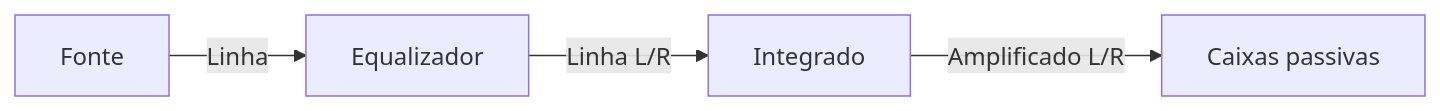
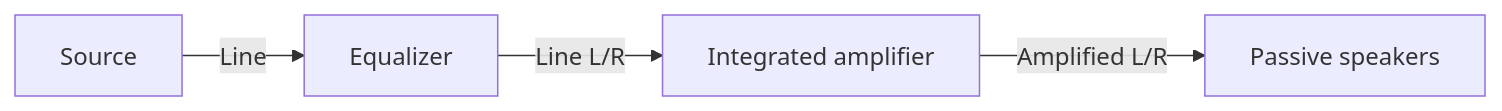
One commit to gperegr/AudioSystem changed the diagram in docs/diagrams/exemplos-de-montagem-03.mmd. Above: the diagram before and after it, drawn with Mermaid. The commit also changed 79 other files, not shown here.

```diff
--- a/docs/diagrams/exemplos-de-montagem-03.mmd
+++ b/docs/diagrams/exemplos-de-montagem-03.mmd
@@ -1,4 +1,4 @@
 flowchart LR
-    F["Fonte"] -->|"Linha"| EQ["Equalizador"]
-    EQ -->|"Linha L/R"| I["Integrado"]
-    I -->|"Amplificado L/R"| C["Caixas passivas"]
+    F["Source"] -->|"Line"| EQ["Equalizer"]
+    EQ -->|"Line L/R"| I["Integrated amplifier"]
+    I -->|"Amplified L/R"| C["Passive speakers"]
```
